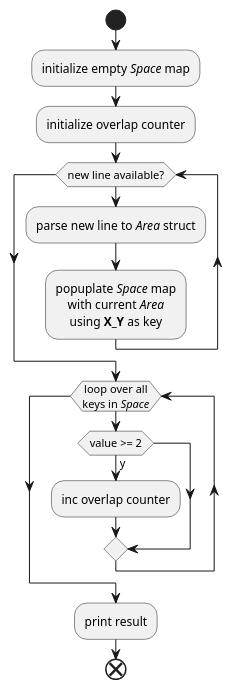
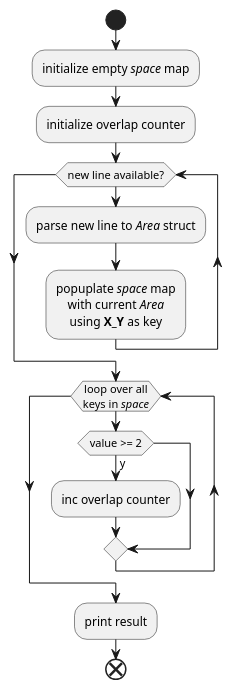
The first of 2 diagrams in day03/go/anoff/readme.adoc (rdmueller/aoc-2018), drawn with PlantUML before and after one commit. The commit also changed other lines of this file and 1 other file, not shown here.

```diff
--- a/day03/go/anoff/readme.adoc
+++ b/day03/go/anoff/readme.adoc
@@ -8,24 +8,24 @@
 [plantuml, day03-part1, png]
 ....
 @startuml
 skinparam defaulttextalignment center
 skinparam monochrome true
 skinparam shadowing false
 start
-:initialize empty //Space// map;
+:initialize empty //space// map;
 :initialize overlap counter;
 while (new line available?)
   :parse new line to //Area// struct;
-  :popuplate //Space// map
+  :popuplate //space// map
   with current //Area//
   using **X_Y** as key;
 endwhile
-while (loop over all\nkeys in //Space//)
+while (loop over all\nkeys in //space//)
   if (value >= 2) then (y)
     :inc overlap counter;
   endif
 endwhile
 :print result;
 end
 @enduml
 ....
```
